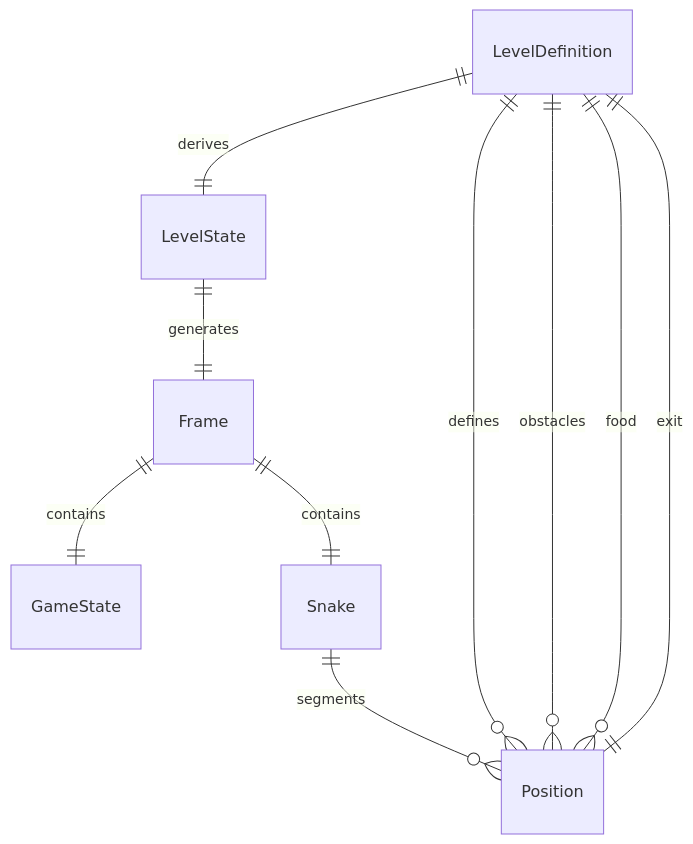
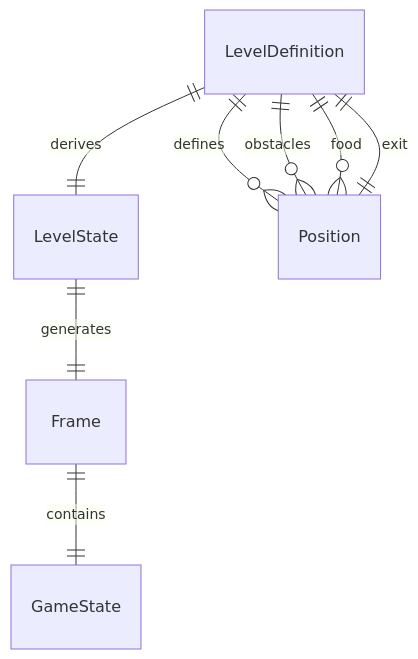
One commit to NNTin/gSnake changed the first of 2 diagrams in epics/wasm-tsrs-integration/tech-plan.md. Above: the diagram before and after it, drawn with Mermaid. The commit also changed other lines of this file and 6 other files, not shown here.

````diff
--- a/epics/wasm-tsrs-integration/tech-plan.md
+++ b/epics/wasm-tsrs-integration/tech-plan.md
@@ -18,12 +20,10 @@
 ```mermaid
 erDiagram
   LevelDefinition ||--|| LevelState : derives
   LevelState ||--|| Frame : generates
   Frame ||--|| GameState : contains
-  Frame ||--|| Snake : contains
   LevelDefinition ||--o{ Position : defines
   LevelDefinition ||--o{ Position : obstacles
   LevelDefinition ||--o{ Position : food
   LevelDefinition ||--|| Position : exit
-  Snake ||--o{ Position : segments
 ```
````
